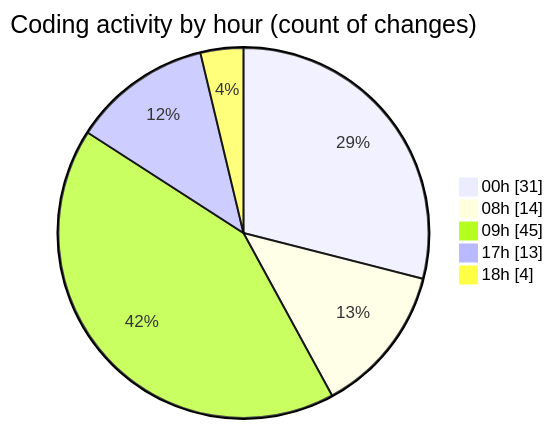
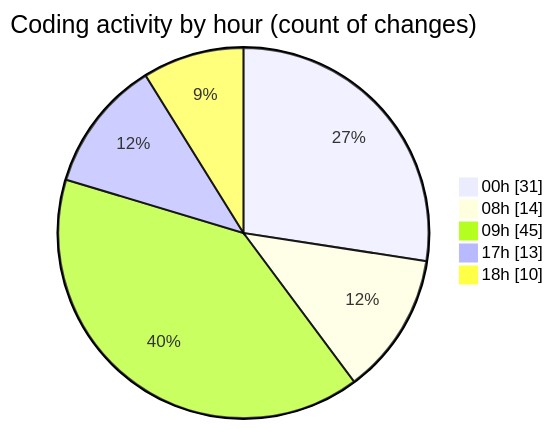
Before and after one commit to lephambinh05/code-tracking: the second of 2 diagrams in 2025-08-03/studybuddy/README.md, drawn with Mermaid. The commit also changed other lines of this file and 1 other file, not shown here.

````diff
--- a/2025-08-03/studybuddy/README.md
+++ b/2025-08-03/studybuddy/README.md
@@ -64,9 +65,9 @@
 ```mermaid
 pie showData
 title Coding activity by hour (count of changes)
 "00h" : 31
 "08h" : 14
 "09h" : 45
 "17h" : 13
-"18h" : 4
+"18h" : 10
 ```
````
